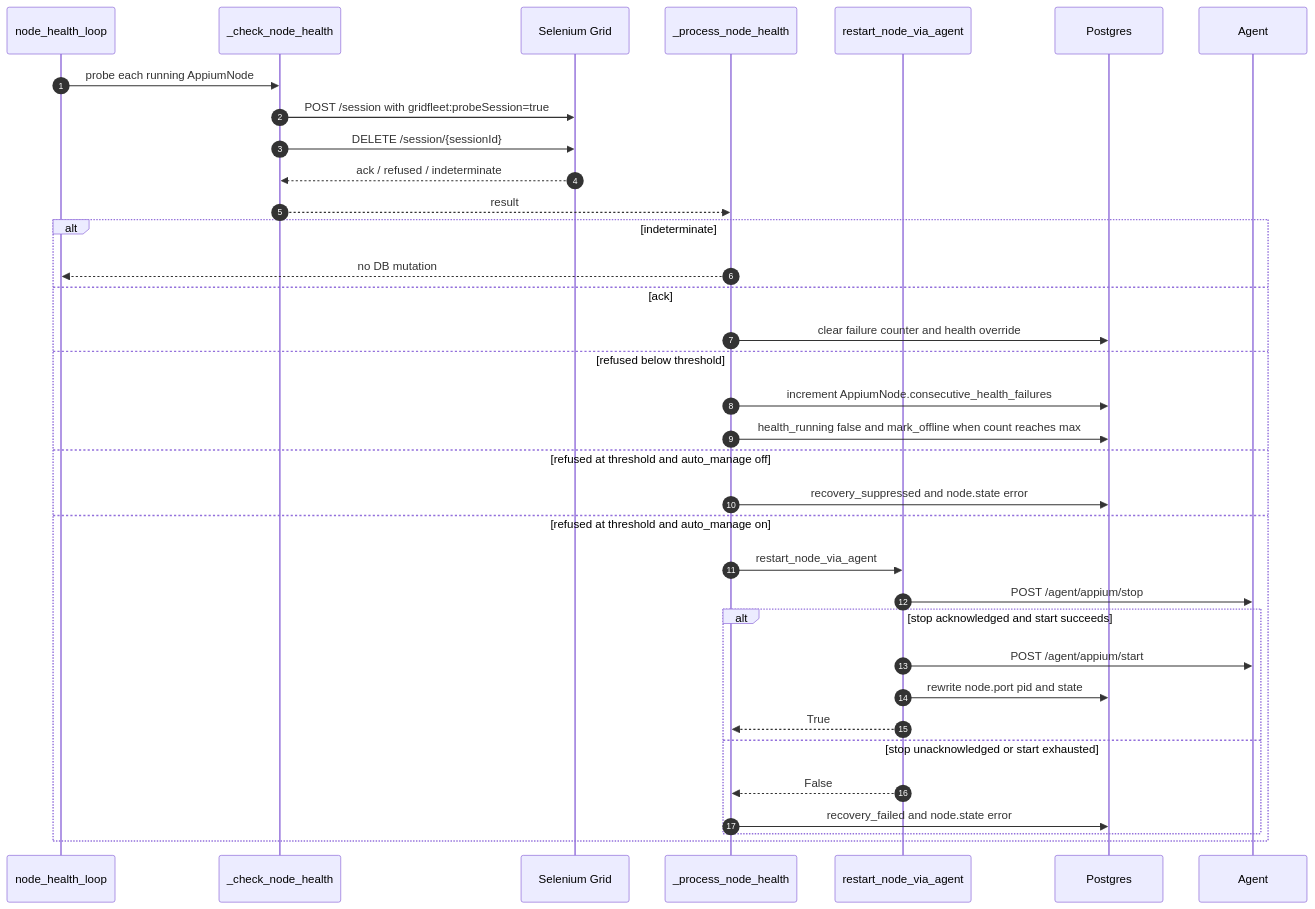
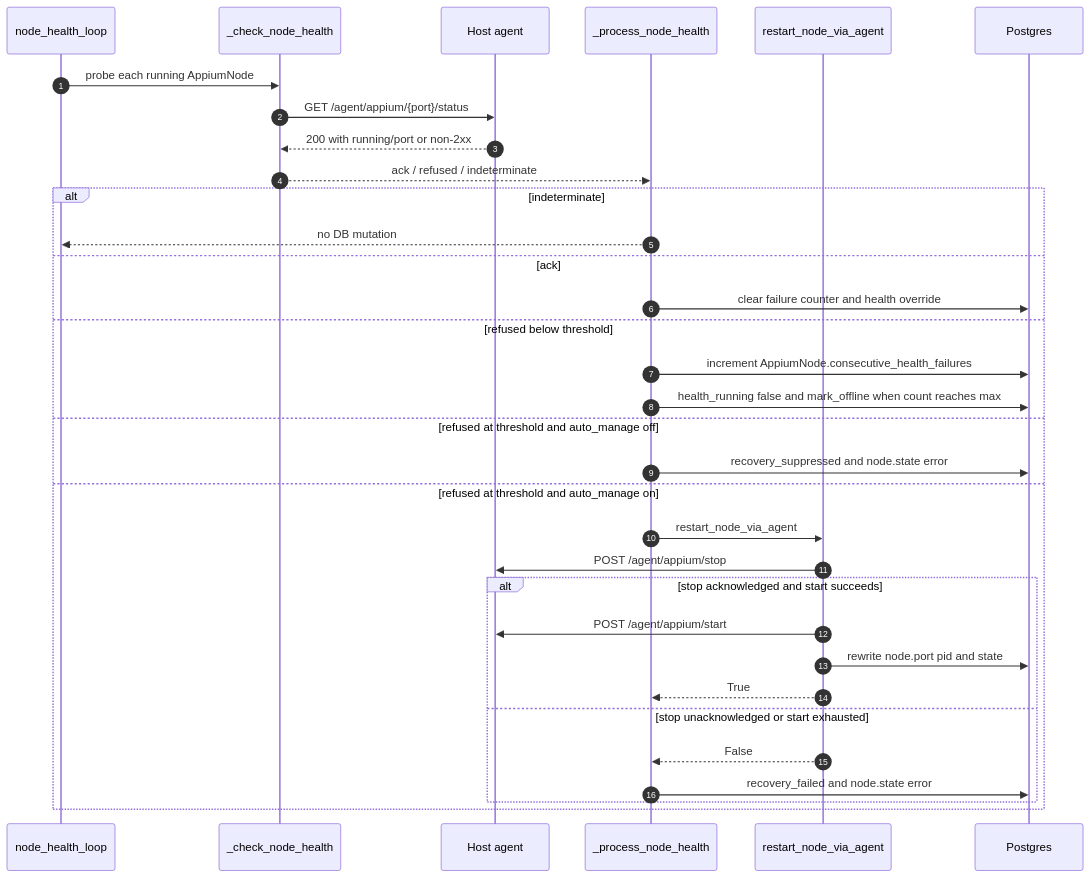
Before and after one commit to quidow/gridfleet: the fifth of 5 diagrams in docs/design/02-node-lifecycle.md, drawn with Mermaid. The commit also changed 9 other files, not shown here.

First line of the commit message:
feat(backend): drop heavy Grid probe from node_health loop (#249)

````diff
--- a/docs/design/02-node-lifecycle.md
+++ b/docs/design/02-node-lifecycle.md
@@ -177,37 +177,36 @@
 ```mermaid
 sequenceDiagram
     autonumber
     participant L as node_health_loop
     participant Probe as _check_node_health
-    participant Grid as Selenium Grid
+    participant Agent as Host agent
     participant Process as _process_node_health
     participant Restart as restart_node_via_agent
     participant Pg as Postgres
 
     L->>Probe: probe each running AppiumNode
-    Probe->>Grid: POST /session with gridfleet:probeSession=true
-    Probe->>Grid: DELETE /session/{sessionId}
-    Grid-->>Probe: ack / refused / indeterminate
-    Probe-->>Process: result
+    Probe->>Agent: GET /agent/appium/{port}/status
+    Agent-->>Probe: 200 with running/port or non-2xx
+    Probe-->>Process: ack / refused / indeterminate
     alt indeterminate
         Process-->>L: no DB mutation
     else ack
         Process->>Pg: clear failure counter and health override
     else refused below threshold
         Process->>Pg: increment AppiumNode.consecutive_health_failures
         Process->>Pg: health_running false and mark_offline when count reaches max
     else refused at threshold and auto_manage off
         Process->>Pg: recovery_suppressed and node.state error
     else refused at threshold and auto_manage on
         Process->>Restart: restart_node_via_agent
         Restart->>Agent: POST /agent/appium/stop
         alt stop acknowledged and start succeeds
             Restart->>Agent: POST /agent/appium/start
             Restart->>Pg: rewrite node.port pid and state
             Restart-->>Process: True
         else stop unacknowledged or start exhausted
             Restart-->>Process: False
             Process->>Pg: recovery_failed and node.state error
         end
     end
 ```
````
